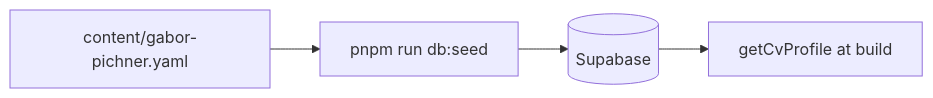
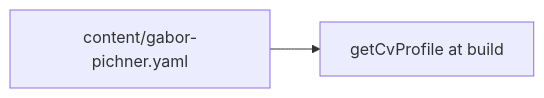
The diagram in docs/.ai/content-model.md (95gabor/cv), drawn with Mermaid before and after one commit. The commit also changed other lines of this file and 49 other files, not shown here.

First line of the commit message:
refactor(cv): read CV data from YAML instead of Supabase (#175)

````diff
--- a/docs/.ai/content-model.md
+++ b/docs/.ai/content-model.md
@@ -7,8 +7,6 @@
 ```mermaid
 flowchart LR
     YAML[content/gabor-pichner.yaml]
-    Seed[pnpm run db:seed]
-    DB[(Supabase)]
     Build[getCvProfile at build]
-    YAML --> Seed --> DB --> Build
+    YAML --> Build
 ```
````
